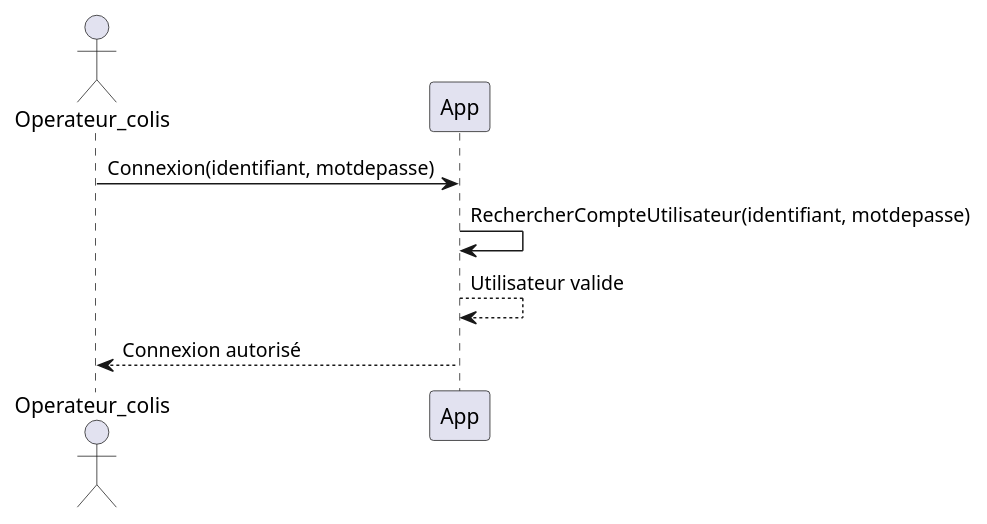
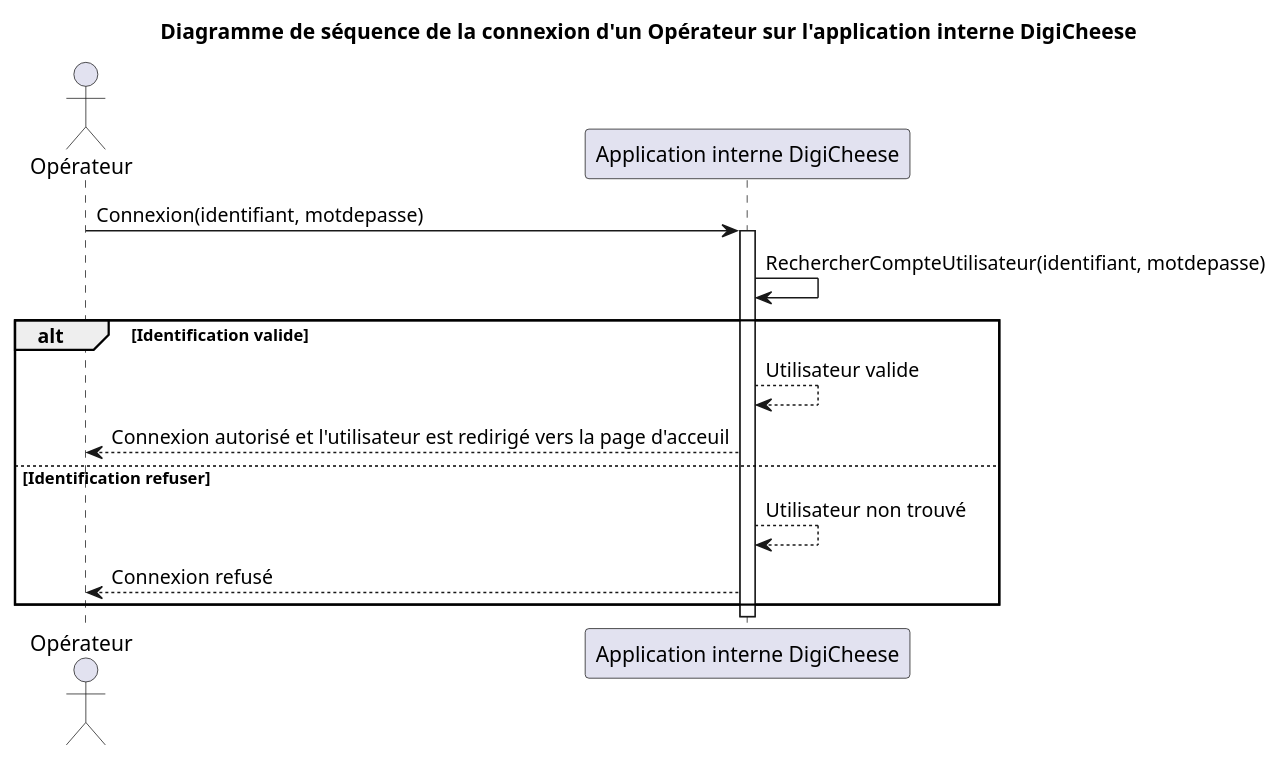
Before and after one commit to Bluwen/Conception_d_une_application_informatique: the diagram in Cas_séquence/DS_Connexion_a_l_application.puml, drawn with PlantUML. The commit also changed 11 other files, not shown here.

Commit message:
Mise au points du vocabulaire des diagrammes

```diff
--- a/Cas_séquence/DS_Connexion_a_l_application.puml
+++ b/Cas_séquence/DS_Connexion_a_l_application.puml
@@ -1,11 +1,17 @@
-@startuml Connexion à l'APPLICATION
+@startuml Diagramme de séquence d'une connexion à l'application interne
 
-actor Operateur_colis
+actor "Opérateur"
 
-Operateur_colis -> App : Connexion(identifiant, motdepasse)
-App -> App : RechercherCompteUtilisateur(identifiant, motdepasse)
-App --> App : Utilisateur valide
-App --> Operateur_colis : Connexion autorisé
+"Opérateur" -> "Application interne DigiCheese" : Connexion(identifiant, motdepasse)
+activate "Application interne DigiCheese"
+"Application interne DigiCheese" -> "Application interne DigiCheese" : RechercherCompteUtilisateur(identifiant, motdepasse)
 
-
+alt Identification valide
+    "Application interne DigiCheese" --> "Application interne DigiCheese" : Utilisateur valide
+    "Application interne DigiCheese" --> "Opérateur" : Connexion autorisé et l'utilisateur est redirigé vers la page d'acceuil
+else Identification refuser
+    "Application interne DigiCheese" --> "Application interne DigiCheese" : Utilisateur non trouvé
+    "Application interne DigiCheese" --> "Opérateur" : Connexion refusé
+end
+title Diagramme de séquence de la connexion d'un Opérateur sur l'application interne DigiCheese
 @enduml
```
